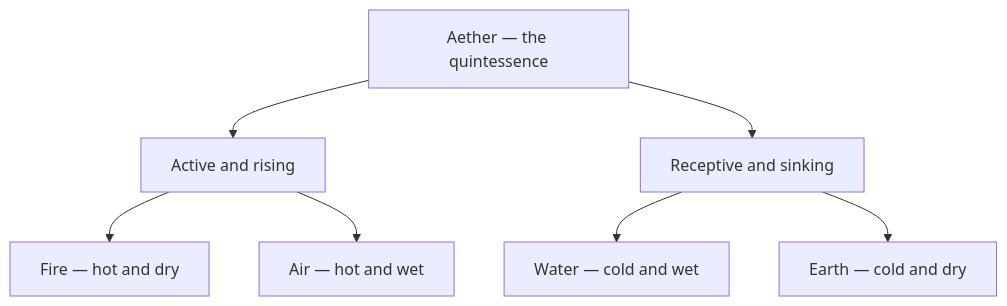
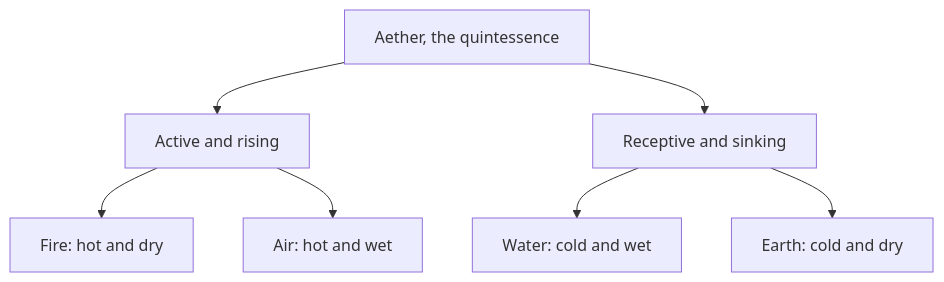
The diagram in data/knowledge/elements/index.md (kennethreitz/kennethreitz.org), drawn with Mermaid before and after one commit. The commit also changed other lines of this file and 879 other files, not shown here.

````diff
--- a/data/knowledge/elements/index.md
+++ b/data/knowledge/elements/index.md
@@ -31,10 +31,10 @@
 ```mermaid
 flowchart TD
-    AE["Aether — the quintessence"]
+    AE["Aether, the quintessence"]
     AE --> ACT["Active and rising"]
     AE --> REC["Receptive and sinking"]
-    ACT --> FIRE["Fire — hot and dry"]
-    ACT --> AIR["Air — hot and wet"]
-    REC --> WATER["Water — cold and wet"]
-    REC --> EARTH["Earth — cold and dry"]
+    ACT --> FIRE["Fire: hot and dry"]
+    ACT --> AIR["Air: hot and wet"]
+    REC --> WATER["Water: cold and wet"]
+    REC --> EARTH["Earth: cold and dry"]
 ```
````
